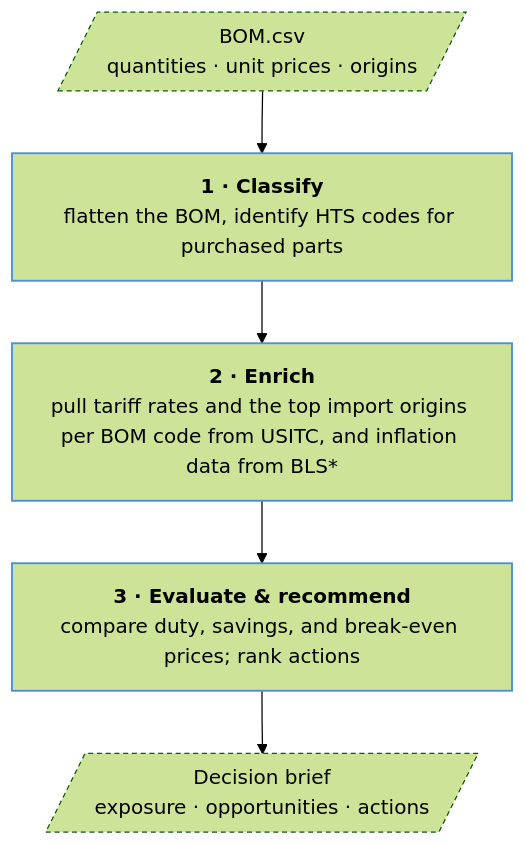
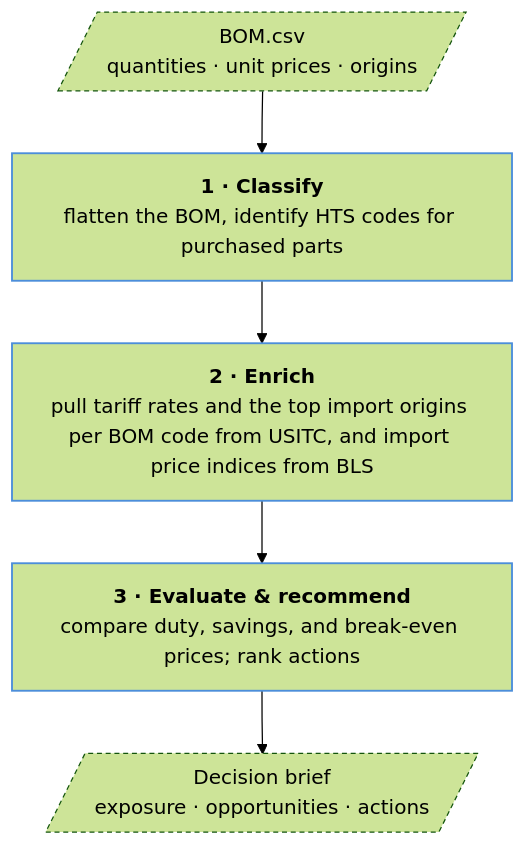
One commit to fjmatrix/bom-tariff-analysis-agent changed the diagram in README.md. Above: the diagram before and after it, drawn with Mermaid (forest theme). The commit also changed other lines of this file and 15 other files, not shown here.

````diff
--- a/README.md
+++ b/README.md
@@ -18,21 +22,21 @@
 ```mermaid
 %%{init: {"flowchart": {"wrappingWidth": 340}} }%%
 flowchart TB
     IN[/"`BOM.csv
     quantities · unit prices · origins`"/]
     S1["`**1 · Classify**
     flatten the BOM, identify HTS codes for purchased parts`"]
     S2["`**2 · Enrich**
-    pull tariff rates and the top import origins per BOM code from USITC, and inflation data from BLS*`"]
+    pull tariff rates and the top import origins per BOM code from USITC, and import price indices from BLS`"]
     S3["`**3 · Evaluate & recommend**
     compare duty, savings, and break-even prices; rank actions`"]
     OUT[/"`Decision brief
     exposure · opportunities · actions`"/]
 
     IN --> S1 --> S2 --> S3 --> OUT
 
     classDef step stroke:#4c8eda,stroke-width:1.5px
     classDef io stroke-dasharray:4 3
     class S1,S2,S3 step
     class IN,OUT io
 ```
````
